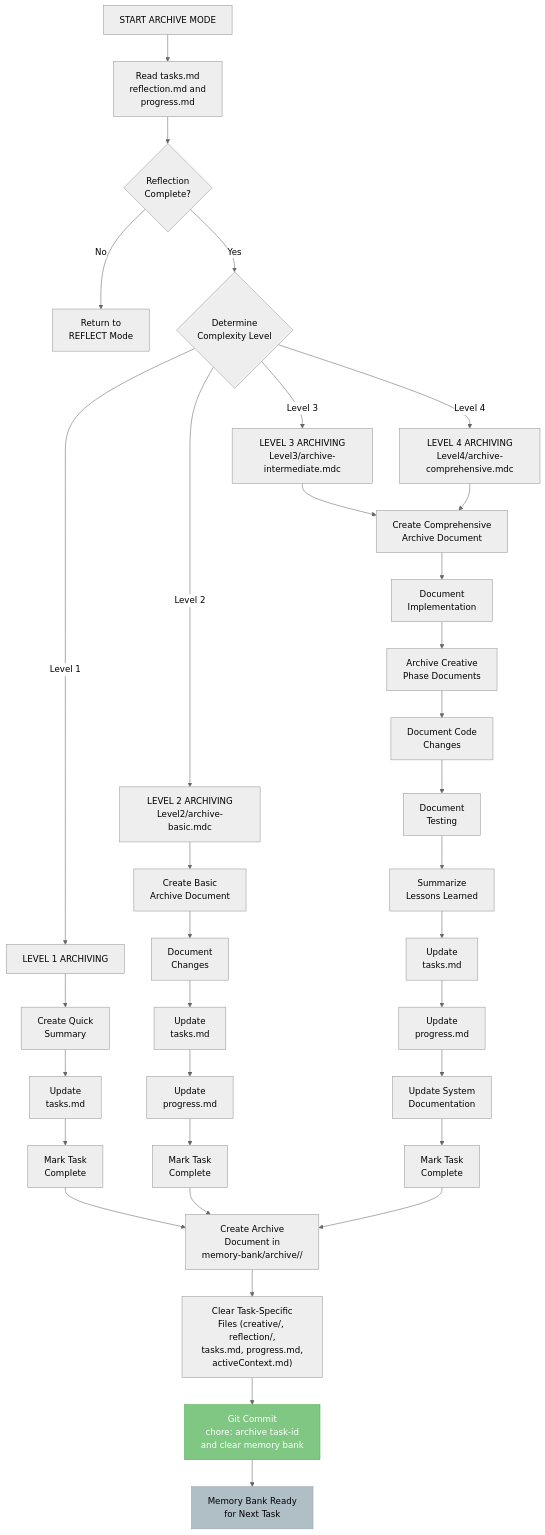
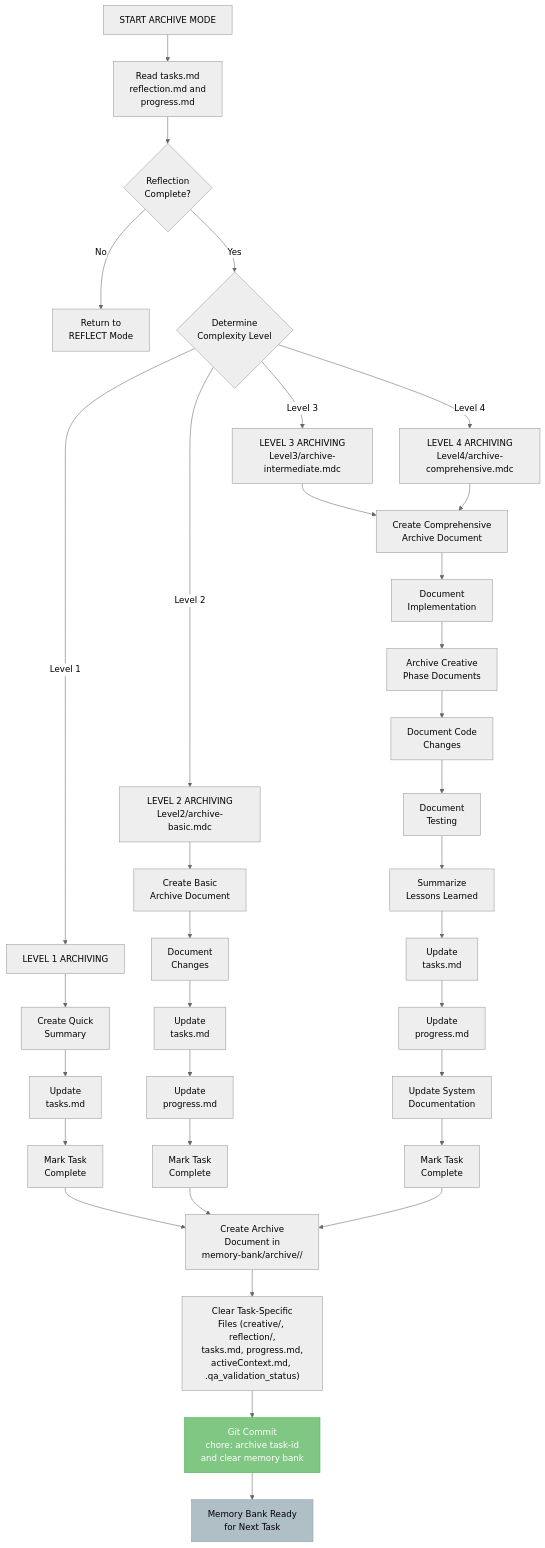
One commit to Texarkanine/.cursor-rules changed the first of 6 diagrams in rulesets/niko/niko/visual-maps/archive-mode-map.mdc. Above: the diagram before and after it, drawn with Mermaid (neutral theme).

Commit message:
fix: explicitly mention clearing qa status

````diff
--- a/rulesets/niko/niko/visual-maps/archive-mode-map.mdc
+++ b/rulesets/niko/niko/visual-maps/archive-mode-map.mdc
@@ -13,48 +13,48 @@
 ```mermaid
 graph TD
     Start["START ARCHIVE MODE"] --> ReadTasks["Read tasks.md<br>reflection.md and<br>progress.md"]
     
     %% Initial Assessment
     ReadTasks --> VerifyReflect{"Reflection<br>Complete?"}
     VerifyReflect -->|"No"| ReturnReflect["Return to<br>REFLECT Mode"]
     VerifyReflect -->|"Yes"| AssessLevel{"Determine<br>Complexity Level"}
     
     %% Level-Based Archiving
     AssessLevel -->|"Level 1"| L1Archive["LEVEL 1 ARCHIVING"]
     AssessLevel -->|"Level 2"| L2Archive["LEVEL 2 ARCHIVING<br>Level2/archive-basic.mdc"]
     AssessLevel -->|"Level 3"| L3Archive["LEVEL 3 ARCHIVING<br>Level3/archive-intermediate.mdc"]
     AssessLevel -->|"Level 4"| L4Archive["LEVEL 4 ARCHIVING<br>Level4/archive-comprehensive.mdc"]
     
     %% Level 1 Archiving (Minimal)
     L1Archive --> L1Summary["Create Quick<br>Summary"]
     L1Summary --> L1Task["Update<br>tasks.md"]
     L1Task --> L1Complete["Mark Task<br>Complete"]
     
     %% Level 2 Archiving (Basic)
     L2Archive --> L2Summary["Create Basic<br>Archive Document"]
     L2Summary --> L2Doc["Document<br>Changes"]
     L2Doc --> L2Task["Update<br>tasks.md"]
     L2Task --> L2Progress["Update<br>progress.md"]
     L2Progress --> L2Complete["Mark Task<br>Complete"]
     
     %% Level 3-4 Archiving (Comprehensive)
     L3Archive & L4Archive --> L34Summary["Create Comprehensive<br>Archive Document"]
     L34Summary --> L34Doc["Document<br>Implementation"]
     L34Doc --> L34Creative["Archive Creative<br>Phase Documents"]
     L34Creative --> L34Code["Document Code<br>Changes"]
     L34Code --> L34Test["Document<br>Testing"]
     L34Test --> L34Lessons["Summarize<br>Lessons Learned"]
     L34Lessons --> L34Task["Update<br>tasks.md"]
     L34Task --> L34Progress["Update<br>progress.md"]
     L34Progress --> L34System["Update System<br>Documentation"]
     L34System --> L34Complete["Mark Task<br>Complete"]
     
     %% Completion - Archive, Clear, and Commit
     L1Complete & L2Complete & L34Complete --> CreateArchive["Create Archive<br>Document in<br>memory-bank/archive/<kind>/"]
-    CreateArchive --> ClearFiles["Clear Task-Specific<br>Files (creative/, reflection/,<br>tasks.md, progress.md,<br>activeContext.md)"]
+    CreateArchive --> ClearFiles["Clear Task-Specific<br>Files (creative/, reflection/,<br>tasks.md, progress.md,<br>activeContext.md, .qa_validation_status)"]
     ClearFiles --> GitCommit["Git Commit<br>chore: archive task-id<br>and clear memory bank"]
     GitCommit --> Ready["Memory Bank Ready<br>for Next Task"]
     
     style GitCommit fill:#81c784,stroke:#4caf50,color:#fff
     style Ready fill:#b0bec5,stroke:#90a4ae
 ```
````
